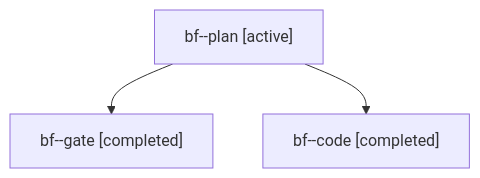
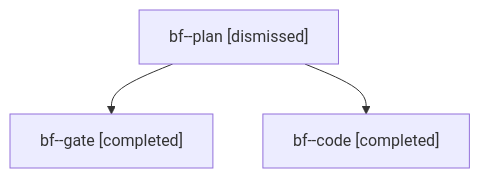
Before and after one commit to bobs-org/bob-cli--agents: the diagram in sessions/bbugyi200.apollo.bf.md, drawn with Mermaid. The commit also changed other lines of this file and 29 other files, not shown here.

````diff
--- a/sessions/bbugyi200.apollo.bf.md
+++ b/sessions/bbugyi200.apollo.bf.md
@@ -9,8 +9,8 @@
 ```mermaid
 flowchart TD
-  n0["bf--plan [active]"]
+  n0["bf--plan [dismissed]"]
   n1["bf--gate [completed]"]
   n0 --> n1
   n2["bf--code [completed]"]
   n0 --> n2
 ```
````
